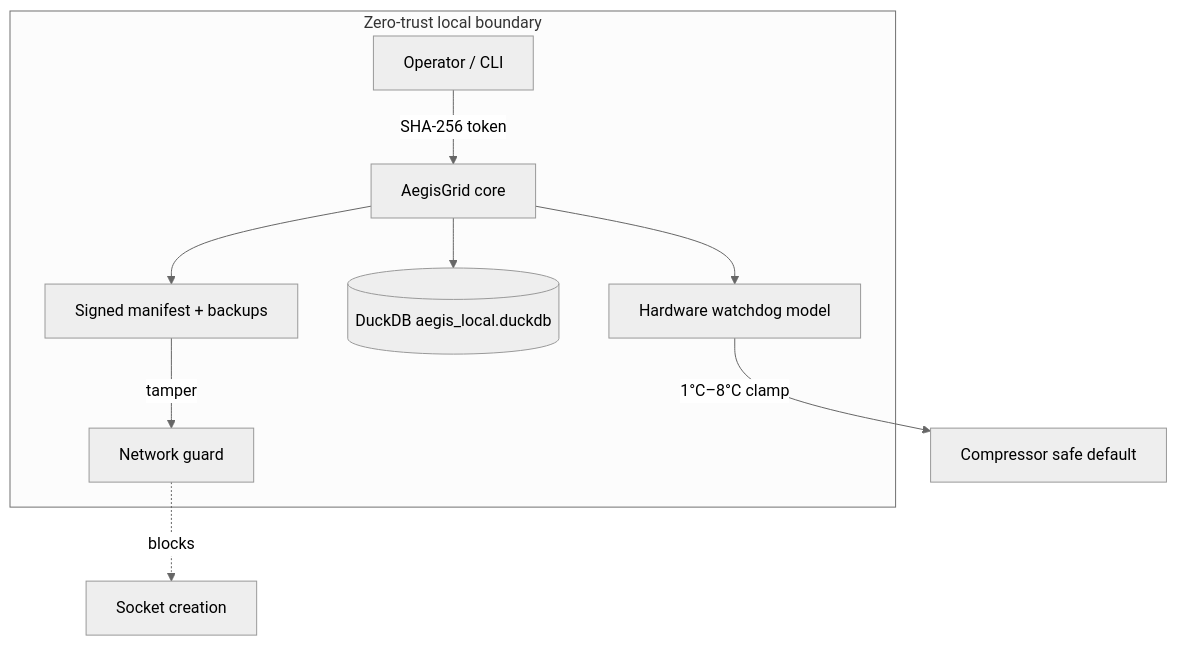
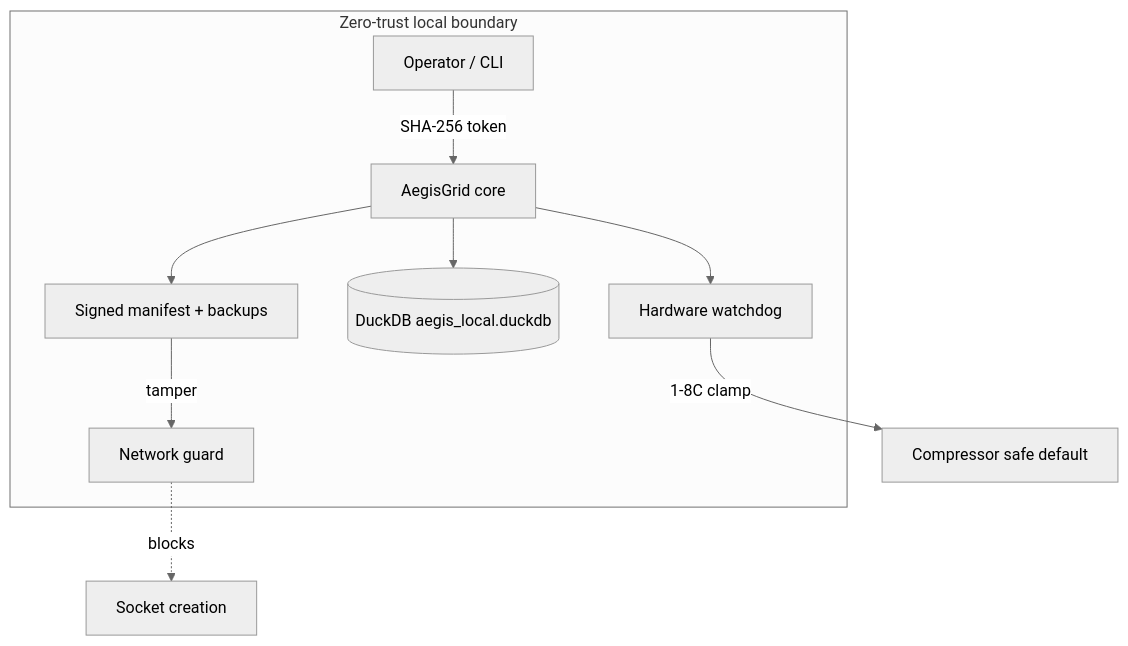
The diagram in README.md (tgollogly/AegisGrid), drawn with Mermaid (neutral theme) before and after one commit. The commit also changed other lines of this file and 3 other files, not shown here.

First line of the commit message:
Fix README architecture: SVG diagram for mobile; tidy Mermaid

````diff
--- a/README.md
+++ b/README.md
@@ -123,18 +128,18 @@
 ```mermaid
 flowchart TB
     subgraph LocalBoundary["Zero-trust local boundary"]
-        UI[Operator / CLI]
-        AG[AegisGrid core]
-        WD[Hardware watchdog model]
-        DB[(DuckDB aegis_local.duckdb)]
-        MF[Signed manifest + backups]
-        NG[Network guard]
+        UI["Operator / CLI"]
+        AG["AegisGrid core"]
+        WD["Hardware watchdog"]
+        DB[("DuckDB aegis_local.duckdb")]
+        MF["Signed manifest + backups"]
+        NG["Network guard"]
     end
-    UI -->|SHA-256 token| AG
+    UI -->|"SHA-256 token"| AG
     AG --> WD
     AG --> DB
     AG --> MF
     MF -->|tamper| NG
-    NG -.->|blocks| Sockets[Socket creation]
-    WD -->|1°C–8°C clamp| Compressor[Compressor safe default]
+    NG -.->|blocks| Sockets["Socket creation"]
+    WD -->|"1-8C clamp"| Compressor["Compressor safe default"]
 ```
````
